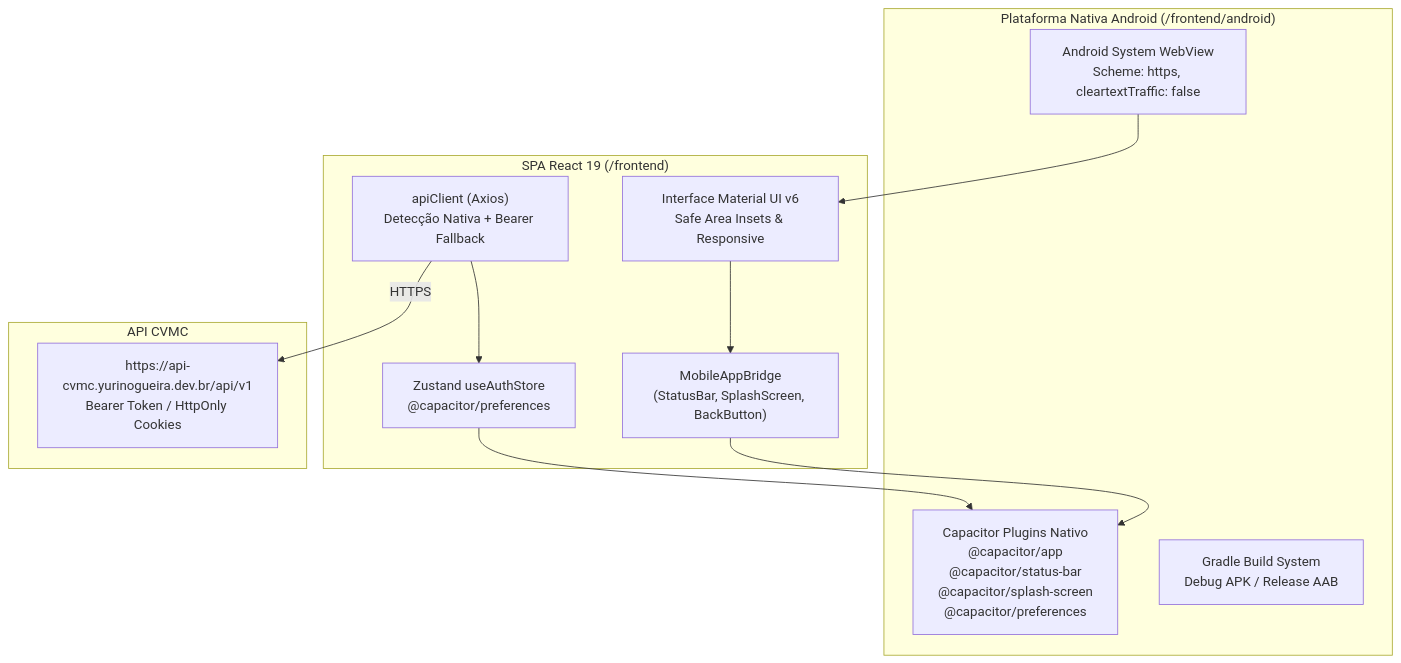
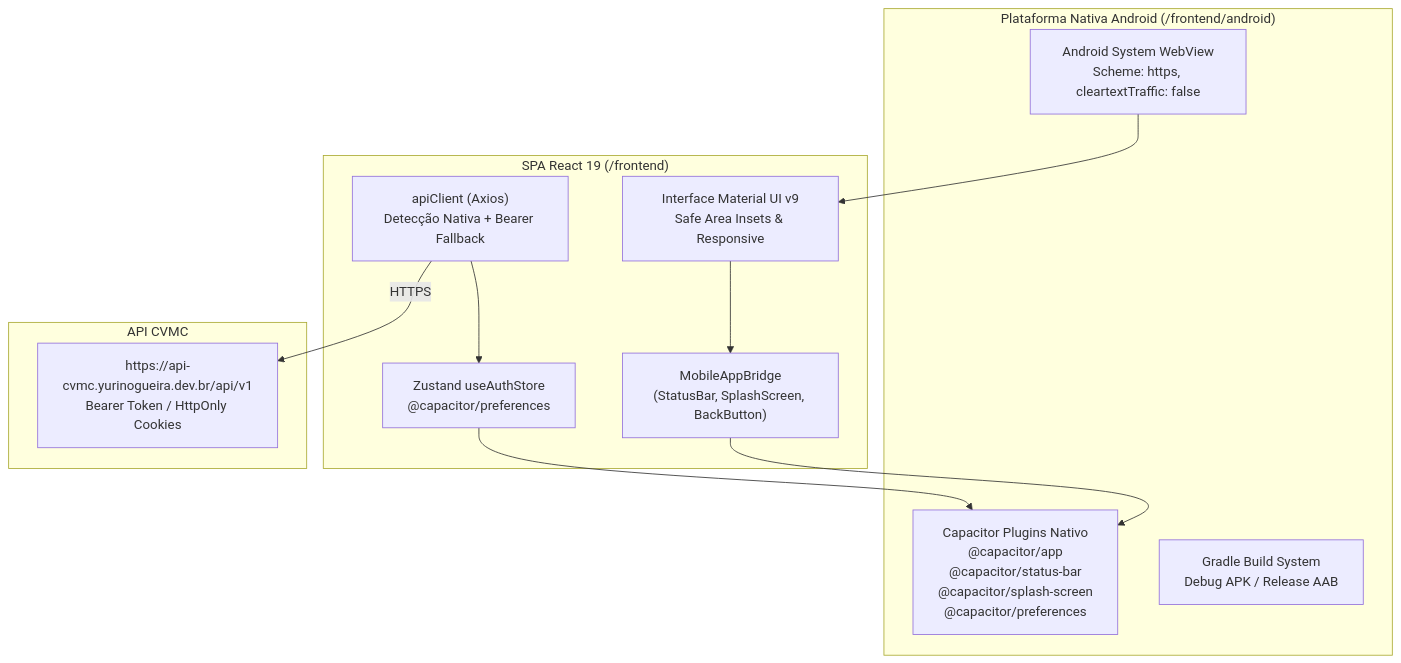
Before and after one commit to yurinogueira/CVMC: the diagram in docs/operations/mobile-build.md, drawn with Mermaid. The commit also changed 6 other files, not shown here.

````diff
--- a/docs/operations/mobile-build.md
+++ b/docs/operations/mobile-build.md
@@ -27,26 +27,26 @@
 ```mermaid
 flowchart TD
     subgraph Frontend["SPA React 19 (/frontend)"]
-        UI["Interface Material UI v6<br>Safe Area Insets & Responsive"]
+        UI["Interface Material UI v9<br>Safe Area Insets & Responsive"]
         BRIDGE["MobileAppBridge<br>(StatusBar, SplashScreen, BackButton)"]
         API["apiClient (Axios)<br>Detecção Nativa + Bearer Fallback"]
         STORE["Zustand useAuthStore<br>@capacitor/preferences"]
     end
 
     subgraph Native["Plataforma Nativa Android (/frontend/android)"]
         WEBVIEW["Android System WebView<br>Scheme: https, cleartextTraffic: false"]
         PLUGINS["Capacitor Plugins Nativo<br>@capacitor/app<br>@capacitor/status-bar<br>@capacitor/splash-screen<br>@capacitor/preferences"]
         GRADLE["Gradle Build System<br>Debug APK / Release AAB"]
     end
 
     subgraph Backend["API CVMC"]
         SERVER["https://api-cvmc.yurinogueira.dev.br/api/v1<br>Bearer Token / HttpOnly Cookies"]
     end
 
     UI --> BRIDGE
     BRIDGE --> PLUGINS
     API --> STORE
     STORE --> PLUGINS
     API -->|HTTPS| SERVER
     WEBVIEW --> UI
 ```
````
